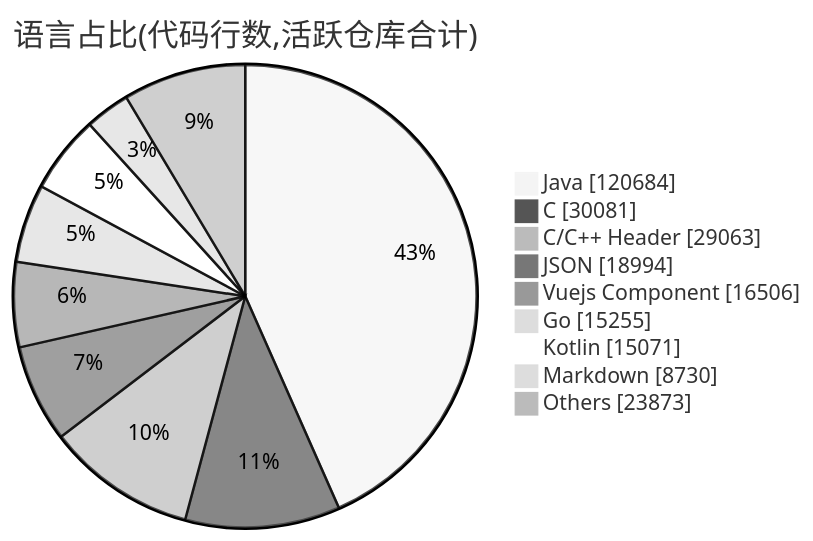
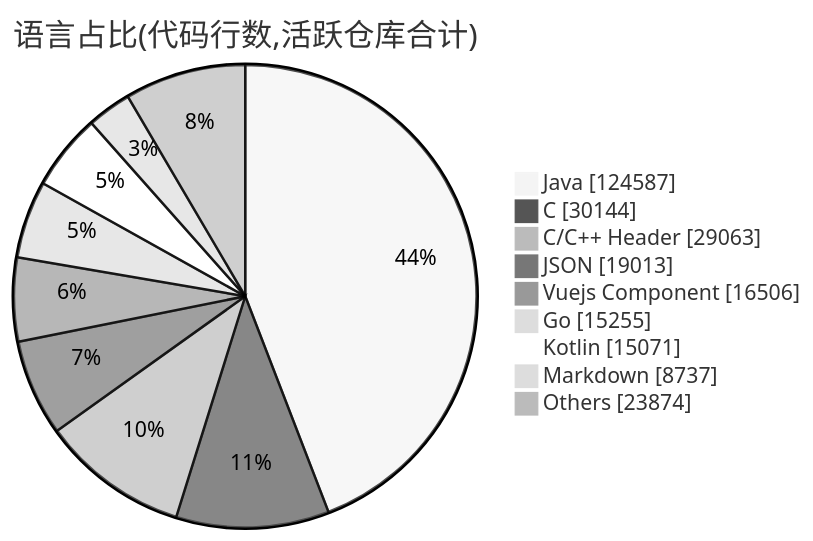
One commit to Conflux-Union/.github changed the second of 2 diagrams in profile/README.md. Above: the diagram before and after it, drawn with Mermaid (neutral theme). The commit also changed other lines of this file and 1 other file, not shown here.

````diff
--- a/profile/README.md
+++ b/profile/README.md
@@ -79,13 +80,13 @@
 ```mermaid
 pie showData
     title 语言占比(代码行数,活跃仓库合计)
-    "Java" : 120684
-    "C" : 30081
+    "Java" : 124587
+    "C" : 30144
     "C/C++ Header" : 29063
-    "JSON" : 18994
+    "JSON" : 19013
     "Vuejs Component" : 16506
     "Go" : 15255
     "Kotlin" : 15071
-    "Markdown" : 8730
-    "Others" : 23873
+    "Markdown" : 8737
+    "Others" : 23874
 ```
````
